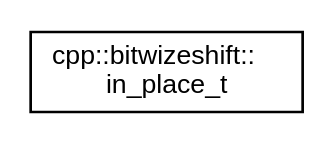
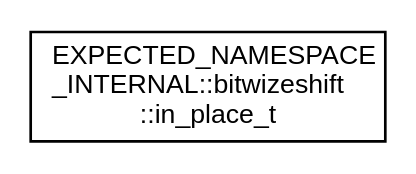
The diagram in api/latest/inherit_graph_25.dot (bitwizeshift/result), drawn with Graphviz before and after one commit. The commit also changed 399 other files, not shown here.

```diff
--- a/api/latest/inherit_graph_25.dot
+++ b/api/latest/inherit_graph_25.dot
@@ -1,7 +1,7 @@
 digraph "Graphical Class Hierarchy"
 {
   edge [fontname="Helvetica",fontsize="10",labelfontname="Helvetica",labelfontsize="10"];
   node [fontname="Helvetica",fontsize="10",shape=record];
   rankdir="LR";
-  Node0 [label="cpp::bitwizeshift::\lin_place_t",height=0.2,width=0.4,color="black", fillcolor="white", style="filled",URL="$d0/d99/structcpp_1_1bitwizeshift_1_1in__place__t.html",tooltip="A structure for representing in-place construction. "];
+  Node0 [label="EXPECTED_NAMESPACE\l_INTERNAL::bitwizeshift\l::in_place_t",height=0.2,width=0.4,color="black", fillcolor="white", style="filled",URL="$da/d22/struct_e_x_p_e_c_t_e_d___n_a_m_e_s_p_a_c_e___i_n_t_e_r_n_a_l_1_1bitwizeshift_1_1in__place__t.html",tooltip="A structure for representing in-place construction. "];
 }
```
